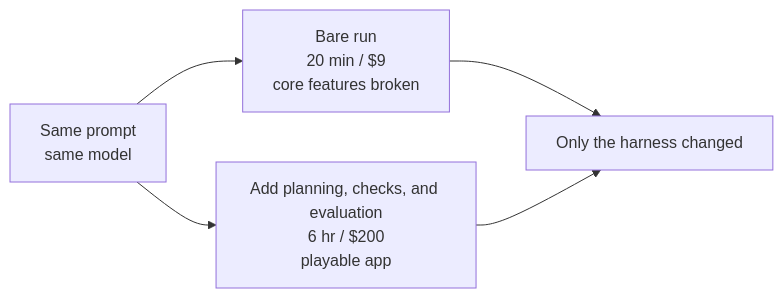
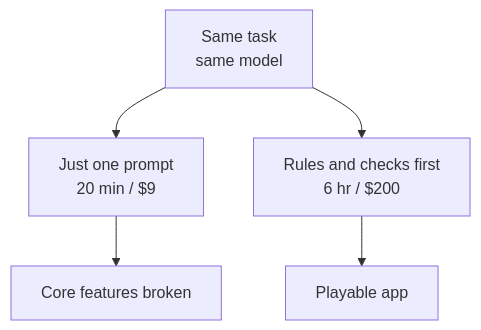
One commit to taobaibai365/learn-harness-engineering changed the second of 2 diagrams in docs/en/lectures/lecture-01-why-capable-agents-still-fail/index.md. Above: the diagram before and after it, drawn with Mermaid. The commit also changed other lines of this file and 4 other files, not shown here.

Commit message:
Refine README screenshots and lecture 01 diagrams

````diff
--- a/docs/en/lectures/lecture-01-why-capable-agents-still-fail/index.md
+++ b/docs/en/lectures/lecture-01-why-capable-agents-still-fail/index.md
@@ -35,7 +40,8 @@
 ```mermaid
-flowchart LR
-    Same["Same prompt<br/>same model"] --> Bare["Bare run<br/>20 min / $9<br/>core features broken"]
-    Same --> Full["Add planning, checks, and evaluation<br/>6 hr / $200<br/>playable app"]
-    Bare --> Lesson["Only the harness changed"]
-    Full --> Lesson
+flowchart TB
+    Same["Same task<br/>same model"]
+    Same --> Bare["Just one prompt<br/>20 min / $9"]
+    Same --> Full["Rules and checks first<br/>6 hr / $200"]
+    Bare --> Bad["Core features broken"]
+    Full --> Good["Playable app"]
 ```
````
